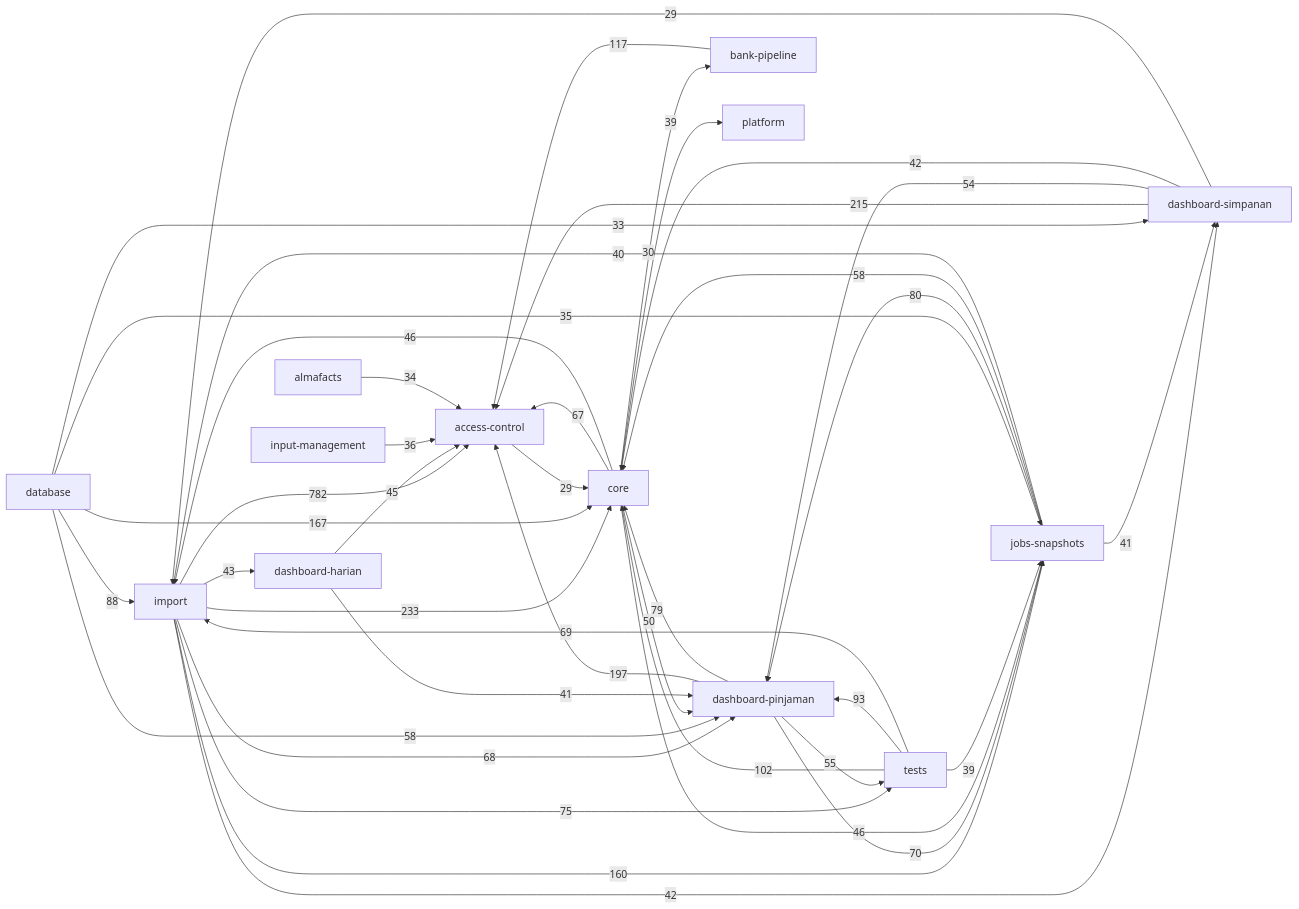
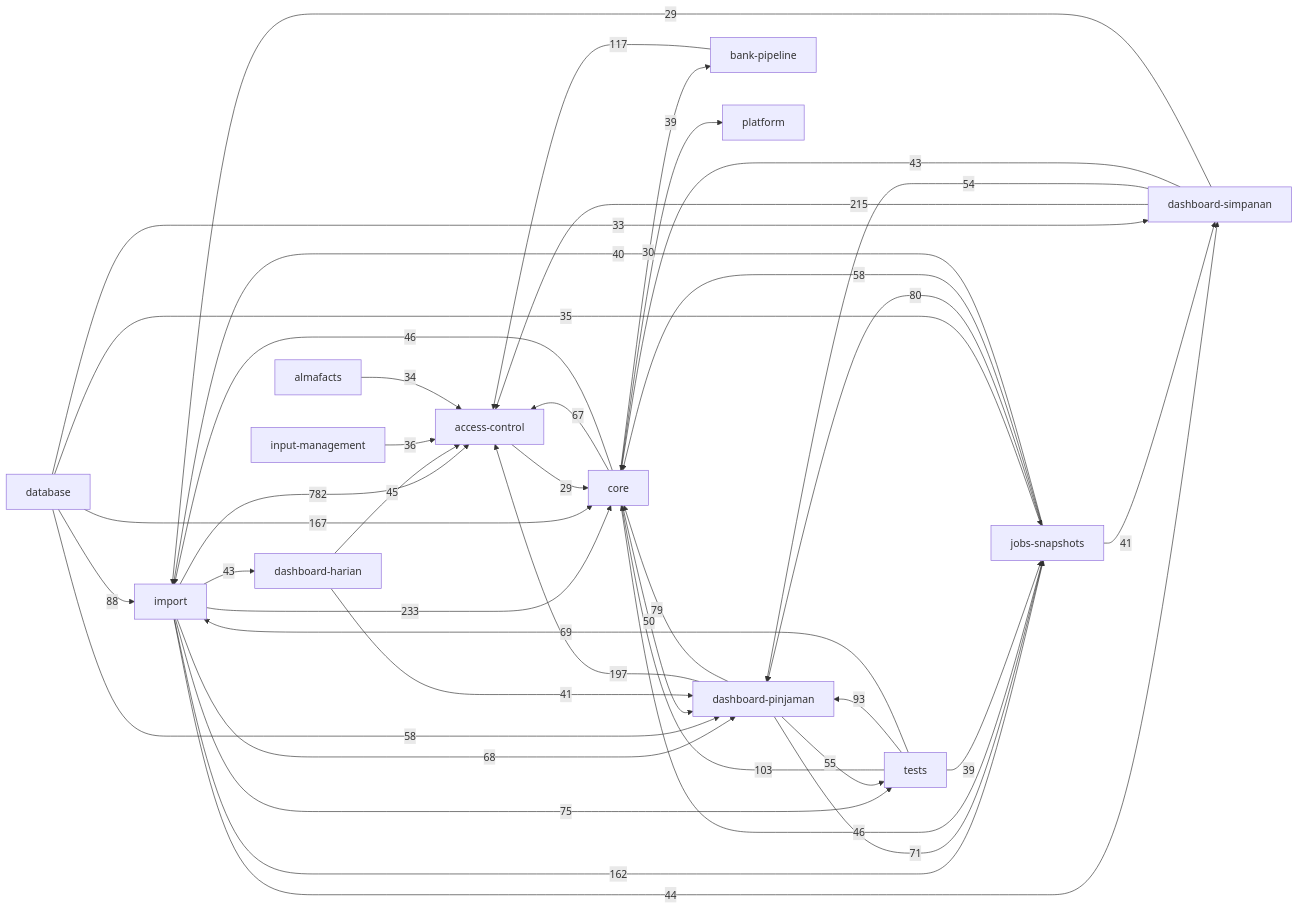
The diagram in docs/knowledge-graph/ARCHITECTURE.md (RizalloN/project-abah), drawn with Mermaid before and after one commit. The commit also changed other lines of this file and 35 other files, not shown here.

````diff
--- a/docs/knowledge-graph/ARCHITECTURE.md
+++ b/docs/knowledge-graph/ARCHITECTURE.md
@@ -5,43 +5,43 @@
 ```mermaid
 flowchart LR
     d_d942f64886["import"] -->|782| d_c393a69167["access-control"]
     d_d942f64886["import"] -->|233| d_0d45f5fd46["core"]
     d_90026ec21f["dashboard-simpanan"] -->|215| d_c393a69167["access-control"]
     d_c1933689a3["dashboard-pinjaman"] -->|197| d_c393a69167["access-control"]
     d_3549b0028b["database"] -->|167| d_0d45f5fd46["core"]
-    d_d942f64886["import"] -->|160| d_7c16aa6a77["jobs-snapshots"]
+    d_d942f64886["import"] -->|162| d_7c16aa6a77["jobs-snapshots"]
     d_39bcb775e4["bank-pipeline"] -->|117| d_c393a69167["access-control"]
-    d_59830ebc3a["tests"] -->|102| d_0d45f5fd46["core"]
+    d_59830ebc3a["tests"] -->|103| d_0d45f5fd46["core"]
     d_59830ebc3a["tests"] -->|93| d_c1933689a3["dashboard-pinjaman"]
     d_3549b0028b["database"] -->|88| d_d942f64886["import"]
     d_7c16aa6a77["jobs-snapshots"] -->|80| d_c1933689a3["dashboard-pinjaman"]
     d_c1933689a3["dashboard-pinjaman"] -->|79| d_0d45f5fd46["core"]
     d_d942f64886["import"] -->|75| d_59830ebc3a["tests"]
-    d_c1933689a3["dashboard-pinjaman"] -->|70| d_7c16aa6a77["jobs-snapshots"]
+    d_c1933689a3["dashboard-pinjaman"] -->|71| d_7c16aa6a77["jobs-snapshots"]
     d_59830ebc3a["tests"] -->|69| d_d942f64886["import"]
     d_d942f64886["import"] -->|68| d_c1933689a3["dashboard-pinjaman"]
     d_0d45f5fd46["core"] -->|67| d_c393a69167["access-control"]
     d_7c16aa6a77["jobs-snapshots"] -->|58| d_0d45f5fd46["core"]
     d_3549b0028b["database"] -->|58| d_c1933689a3["dashboard-pinjaman"]
     d_c1933689a3["dashboard-pinjaman"] -->|55| d_59830ebc3a["tests"]
     d_90026ec21f["dashboard-simpanan"] -->|54| d_c1933689a3["dashboard-pinjaman"]
     d_0d45f5fd46["core"] -->|50| d_c1933689a3["dashboard-pinjaman"]
     d_0d45f5fd46["core"] -->|46| d_7c16aa6a77["jobs-snapshots"]
     d_0d45f5fd46["core"] -->|46| d_d942f64886["import"]
     d_a0a49fdd98["dashboard-harian"] -->|45| d_c393a69167["access-control"]
+    d_d942f64886["import"] -->|44| d_90026ec21f["dashboard-simpanan"]
+    d_90026ec21f["dashboard-simpanan"] -->|43| d_0d45f5fd46["core"]
     d_d942f64886["import"] -->|43| d_a0a49fdd98["dashboard-harian"]
-    d_90026ec21f["dashboard-simpanan"] -->|42| d_0d45f5fd46["core"]
-    d_d942f64886["import"] -->|42| d_90026ec21f["dashboard-simpanan"]
     d_7c16aa6a77["jobs-snapshots"] -->|41| d_90026ec21f["dashboard-simpanan"]
     d_a0a49fdd98["dashboard-harian"] -->|41| d_c1933689a3["dashboard-pinjaman"]
     d_7c16aa6a77["jobs-snapshots"] -->|40| d_d942f64886["import"]
     d_0d45f5fd46["core"] -->|39| d_d294fcce0c["platform"]
     d_59830ebc3a["tests"] -->|39| d_7c16aa6a77["jobs-snapshots"]
     d_b70a9d941d["input-management"] -->|36| d_c393a69167["access-control"]
     d_3549b0028b["database"] -->|35| d_7c16aa6a77["jobs-snapshots"]
     d_b89824cc5a["almafacts"] -->|34| d_c393a69167["access-control"]
     d_3549b0028b["database"] -->|33| d_90026ec21f["dashboard-simpanan"]
     d_0d45f5fd46["core"] -->|30| d_39bcb775e4["bank-pipeline"]
     d_c393a69167["access-control"] -->|29| d_0d45f5fd46["core"]
     d_90026ec21f["dashboard-simpanan"] -->|29| d_d942f64886["import"]
 ```
````
